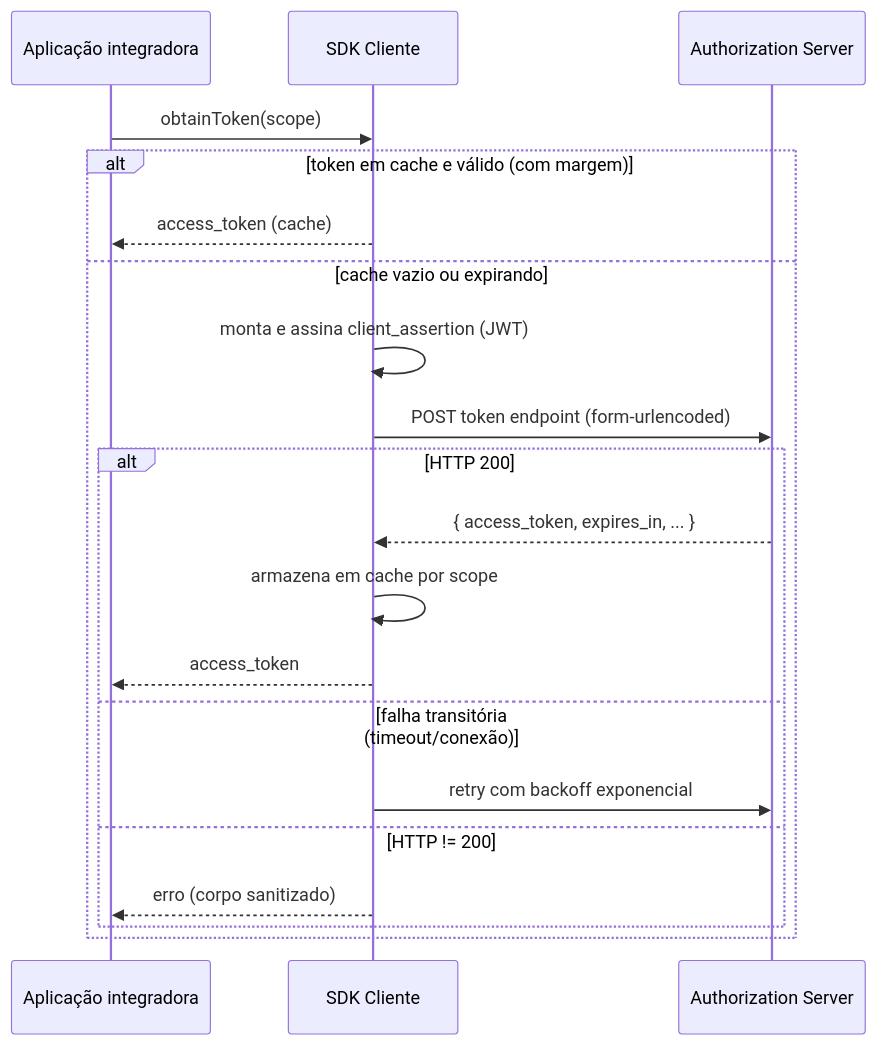
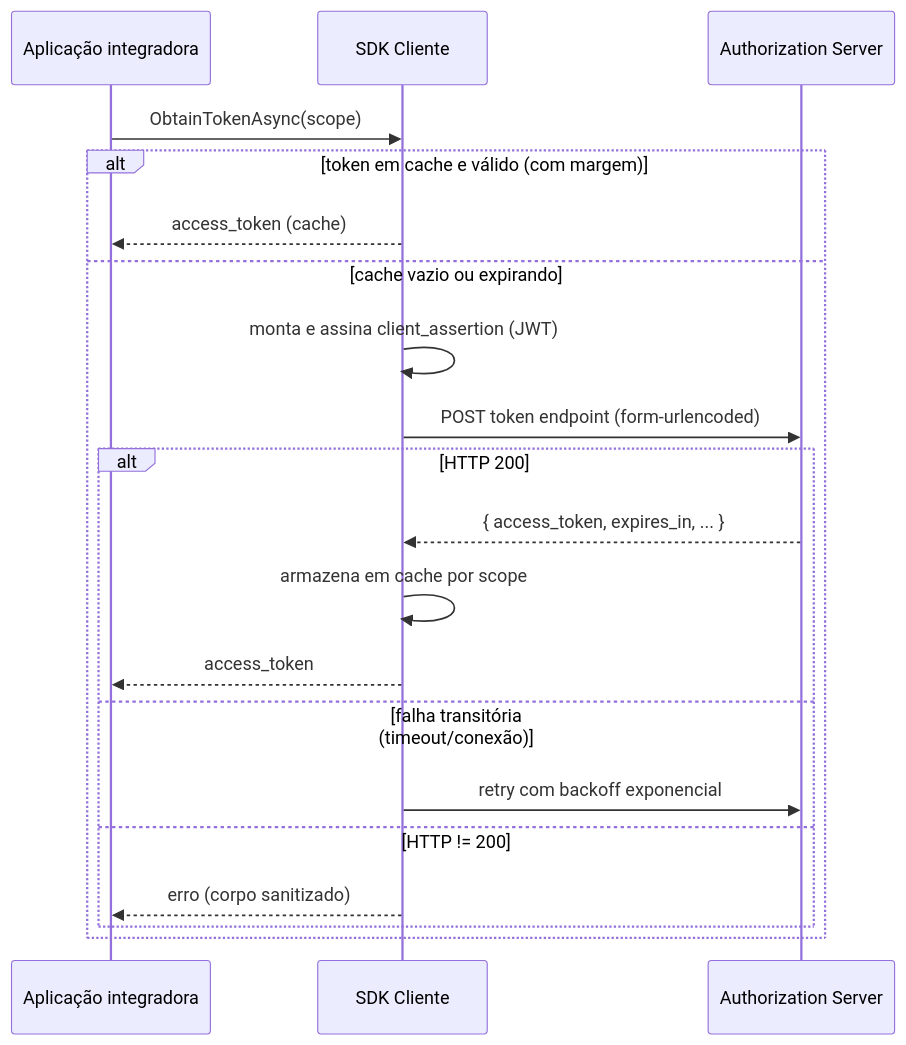
Before and after one commit to sesgo-ti/hubsaude-cliente-csharp: the diagram in ESPECIFICACAO.md, drawn with Mermaid. The commit also changed other lines of this file and 14 other files, not shown here.

````diff
--- a/ESPECIFICACAO.md
+++ b/ESPECIFICACAO.md
@@ -101,23 +83,23 @@
 ```mermaid
 sequenceDiagram
     participant App as Aplicação integradora
     participant SDK as SDK Cliente
     participant AS as Authorization Server
 
-    App->>SDK: obtainToken(scope)
+    App->>SDK: ObtainTokenAsync(scope)
     alt token em cache e válido (com margem)
         SDK-->>App: access_token (cache)
     else cache vazio ou expirando
         SDK->>SDK: monta e assina client_assertion (JWT)
         SDK->>AS: POST token endpoint (form-urlencoded)
         alt HTTP 200
             AS-->>SDK: { access_token, expires_in, ... }
             SDK->>SDK: armazena em cache por scope
             SDK-->>App: access_token
         else falha transitória (timeout/conexão)
             SDK->>AS: retry com backoff exponencial
         else HTTP != 200
             SDK-->>App: erro (corpo sanitizado)
         end
     end
 ```
````
